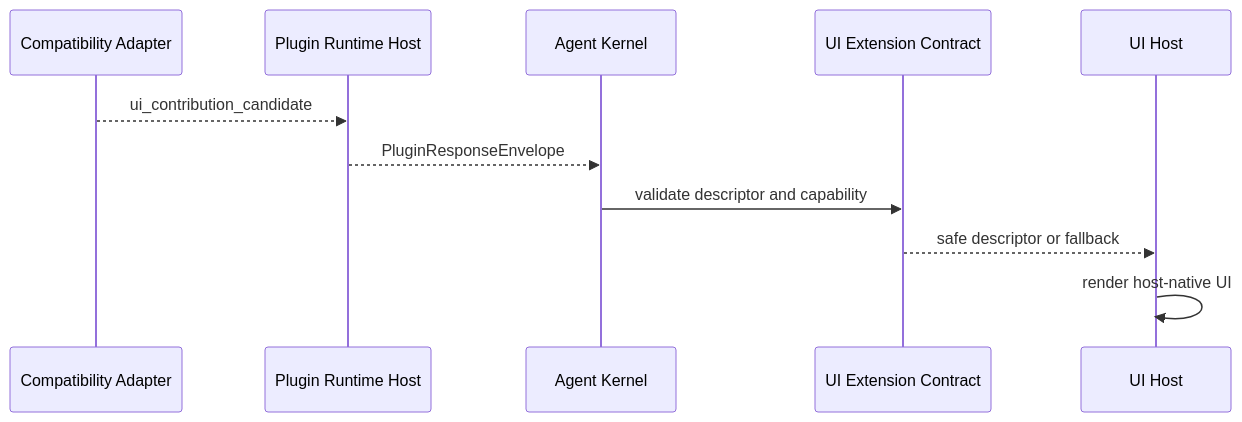
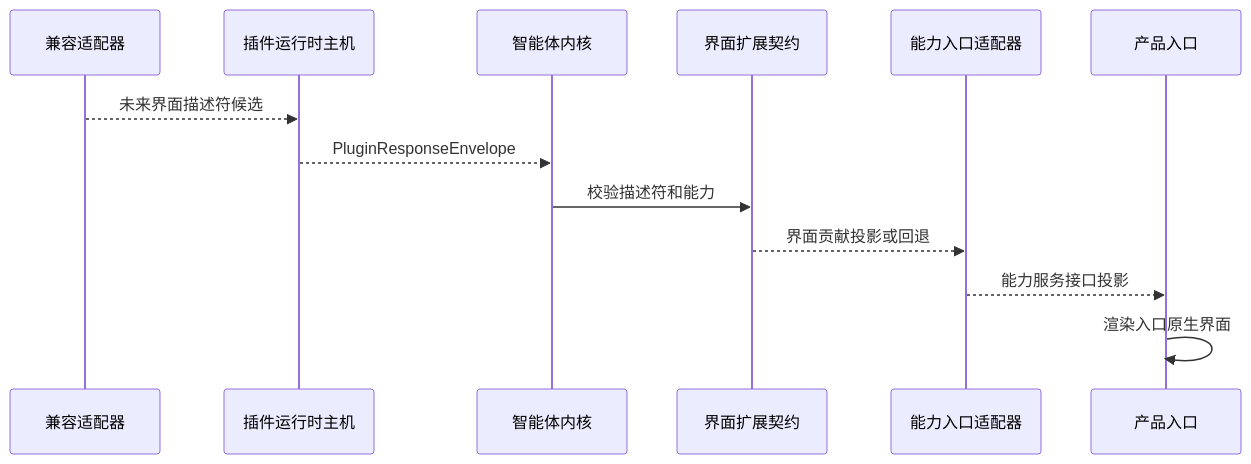
The fourth of 4 diagrams in docs/architecture/plugin-runtime-host-design.md (1688mengdie/BitFun), drawn with Mermaid before and after one commit. The commit also changed other lines of this file and 32 other files, not shown here.

Commit message:
feat(plugin): add P0 runtime host boundary

````diff
--- a/docs/architecture/plugin-runtime-host-design.md
+++ b/docs/architecture/plugin-runtime-host-design.md
@@ -545,14 +534,16 @@
 ```mermaid
 sequenceDiagram
-  participant Adapter as Compatibility Adapter
-  participant Host as Plugin Runtime Host
-  participant Kernel as Agent Kernel
-  participant UIExt as UI Extension Contract
-  participant Surface as UI Host
+  participant Adapter as 兼容适配器
+  participant Host as 插件运行时主机
+  participant Kernel as 智能体内核
+  participant UIExt as 界面扩展契约
+  participant SurfaceAdapter as 能力入口适配器
+  participant Surface as 产品入口
 
-  Adapter-->>Host: ui_contribution_candidate
+  Adapter-->>Host: 未来界面描述符候选
   Host-->>Kernel: PluginResponseEnvelope
-  Kernel->>UIExt: validate descriptor and capability
-  UIExt-->>Surface: safe descriptor or fallback
-  Surface->>Surface: render host-native UI
+  Kernel->>UIExt: 校验描述符和能力
+  UIExt-->>SurfaceAdapter: 界面贡献投影或回退
+  SurfaceAdapter-->>Surface: 能力服务接口投影
+  Surface->>Surface: 渲染入口原生界面
 ```
````
